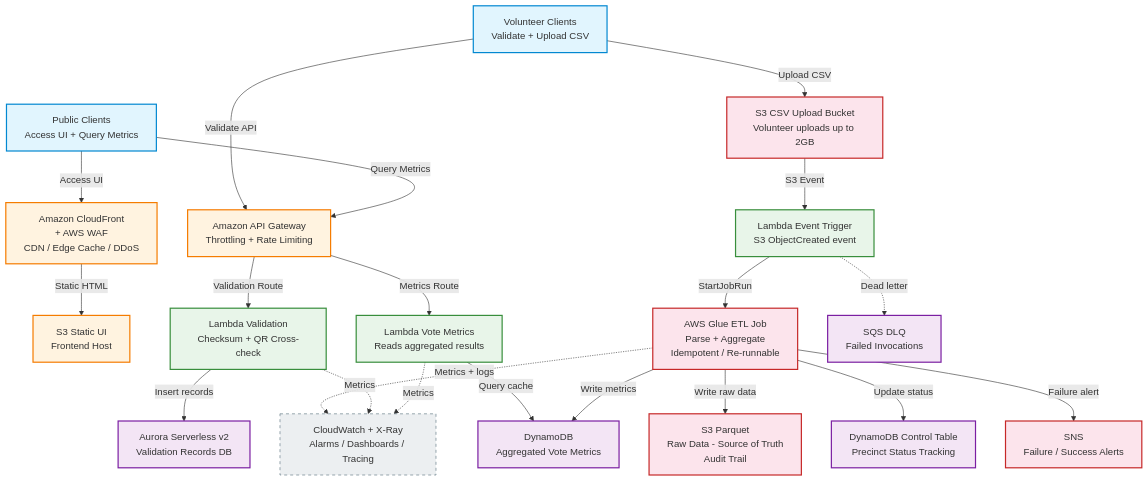
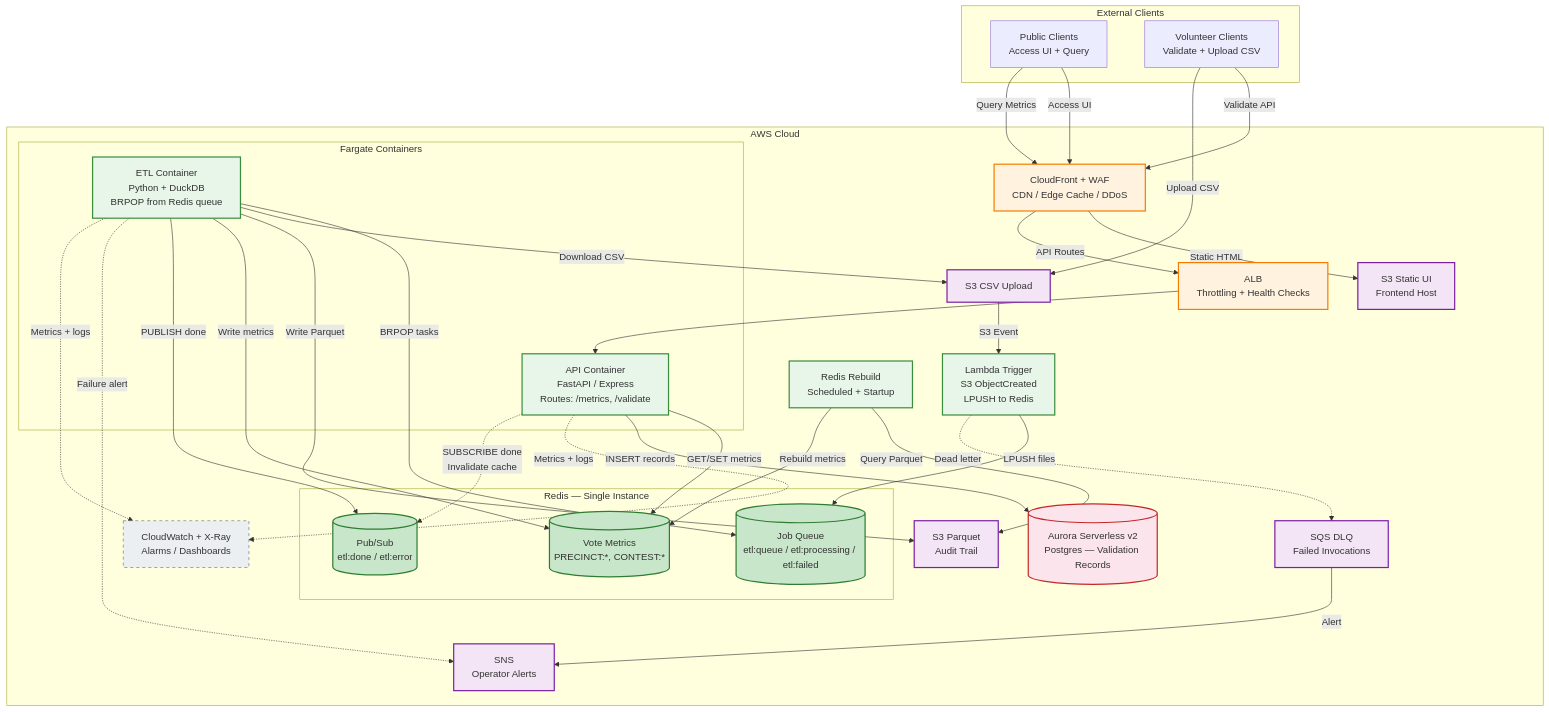
One commit to daryllmagsombol/ppcrv-poc changed the first of 5 diagrams in README.md. Above: the diagram before and after it, drawn with Mermaid. The commit also changed other lines of this file and 9 other files, not shown here.

Commit message:
added v3 architecture, rearrange files, other optimizations

````diff
--- a/README.md
+++ b/README.md
@@ -88,72 +79,72 @@
 ```mermaid
 graph TB
-    %% --- Clients ---
-    Public[Public Clients<br/>Access UI + Query Metrics]
-    Volunteer[Volunteer Clients<br/>Validate + Upload CSV]
-
-    %% --- Edge Layer ---
-    CloudFront[Amazon CloudFront<br/>+ AWS WAF<br/>CDN / Edge Cache / DDoS]
-    S3UI[S3 Static UI<br/>Frontend Host]
-
-    Public -->|Access UI| CloudFront
-    CloudFront -->|Static HTML| S3UI
-
-    %% --- API Layer ---
-    APIGW[Amazon API Gateway<br/>Throttling + Rate Limiting]
-
-    Volunteer -->|Validate API| APIGW
-    Public -->|Query Metrics| APIGW
-
-    %% --- Compute: Validation Path ---
-    LambdaVal[Lambda Validation<br/>Checksum + QR Cross-check]
-    Aurora[Aurora Serverless v2<br/>Validation Records DB]
-
-    APIGW -->|Validation Route| LambdaVal
-    LambdaVal -->|Insert records| Aurora
-
-    %% --- Compute: Metrics Path ---
-    LambdaMet[Lambda Vote Metrics<br/>Reads aggregated results]
-    DDBMetrics[DynamoDB<br/>Aggregated Vote Metrics]
-
-    APIGW -->|Metrics Route| LambdaMet
-    LambdaMet -->|Query cache| DDBMetrics
-
-    %% --- ETL Path ---
-    S3Upload[S3 CSV Upload Bucket<br/>Volunteer uploads up to 2GB]
-    LambdaTrig[Lambda Event Trigger<br/>S3 ObjectCreated event]
-    Glue[AWS Glue ETL Job<br/>Parse + Aggregate<br/>Idempotent / Re-runnable]
-    S3Parquet[S3 Parquet<br/>Raw Data - Source of Truth<br/>Audit Trail]
-    DDBCtrl[DynamoDB Control Table<br/>Precinct Status Tracking]
-    SNS[SNS<br/>Failure / Success Alerts]
-    SQS[SQS DLQ<br/>Failed Invocations]
-
-    Volunteer -->|Upload CSV| S3Upload
-    S3Upload -->|S3 Event| LambdaTrig
-    LambdaTrig -->|StartJobRun| Glue
-    Glue -->|Write raw data| S3Parquet
-    Glue -->|Write metrics| DDBMetrics
-    Glue -->|Update status| DDBCtrl
-    Glue -->|Failure alert| SNS
-    LambdaTrig -.->|Dead letter| SQS
-
-    %% --- Observability ---
-    CW[CloudWatch + X-Ray<br/>Alarms / Dashboards / Tracing]
-    Glue -.->|Metrics + logs| CW
-    LambdaVal -.->|Metrics| CW
-    LambdaMet -.->|Metrics| CW
-
-    %% --- Styling ---
     classDef client fill:#e1f5fe,stroke:#0288d1,stroke-width:2px
     classDef edge fill:#fff3e0,stroke:#f57c00,stroke-width:2px
     classDef compute fill:#e8f5e9,stroke:#388e3c,stroke-width:2px
+    classDef new fill:#c8e6c9,stroke:#2e7d32,stroke-width:2px
     classDef storage fill:#f3e5f5,stroke:#7b1fa2,stroke-width:2px
-    classDef etl fill:#fce4ec,stroke:#c62828,stroke-width:2px
+    classDef db fill:#fce4ec,stroke:#c62828,stroke-width:2px
     classDef obs fill:#eceff1,stroke:#546e7a,stroke-width:1px,stroke-dasharray: 5 5
 
-    class Public,Volunteer client
-    class CloudFront,S3UI,APIGW edge
-    class LambdaVal,LambdaMet,LambdaTrig compute
-    class Aurora,DDBMetrics,DDBCtrl,SQS storage
-    class S3Upload,S3Parquet,Glue,SNS etl
-    class CW obs
+    subgraph Ext["External Clients"]
+        Public[Public Clients<br/>Access UI + Query]
+        Volunteer[Volunteer Clients<br/>Validate + Upload CSV]
+    end
+
+    subgraph AWS["AWS Cloud"]
+        CF[CloudFront + WAF<br/>CDN / Edge Cache / DDoS]:::edge
+        S3UI[S3 Static UI<br/>Frontend Host]:::storage
+        ALB[ALB<br/>Throttling + Health Checks]:::edge
+
+        subgraph Fargate["Fargate Containers"]
+            API[API Container<br/>FastAPI / Express<br/>Routes: /metrics, /validate]:::compute
+            ETL[ETL Container<br/>Python + DuckDB<br/>BRPOP from Redis queue]:::compute
+        end
+
+        Trigger[Lambda Trigger<br/>S3 ObjectCreated<br/>LPUSH to Redis]:::compute
+        CW[CloudWatch + X-Ray<br/>Alarms / Dashboards]:::obs
+
+        S3Upload[S3 CSV Upload]:::storage
+        S3Parquet[S3 Parquet<br/>Audit Trail]:::storage
+
+        subgraph Redis["Redis — Single Instance"]
+            Cache[(Vote Metrics<br/>PRECINCT:*, CONTEST:*)]:::new
+            Queue[(Job Queue<br/>etl:queue / etl:processing / etl:failed)]:::new
+            PubSub[(Pub/Sub<br/>etl:done / etl:error)]:::new
+        end
+
+        Aurora[(Aurora Serverless v2<br/>Postgres — Validation Records)]:::db
+        SQS[SQS DLQ<br/>Failed Invocations]:::storage
+        SNS[SNS<br/>Operator Alerts]:::storage
+        Rebuild[Redis Rebuild<br/>Scheduled + Startup]:::compute
+    end
+
+    Public -->|Access UI| CF
+    Public -->|Query Metrics| CF
+    Volunteer -->|Validate API| CF
+    Volunteer -->|Upload CSV| S3Upload
+
+    CF -->|Static HTML| S3UI
+    CF -->|API Routes| ALB
+    ALB --> API
+
+    API -->|GET/SET metrics| Cache
+    API -->|INSERT records| Aurora
+    API -.->|Metrics + logs| CW
+
+    S3Upload -->|S3 Event| Trigger
+    Trigger -->|LPUSH files| Queue
+    ETL -->|BRPOP tasks| Queue
+    ETL -->|Download CSV| S3Upload
+    ETL -->|Write Parquet| S3Parquet
+    ETL -->|Write metrics| Cache
+    ETL -->|PUBLISH done| PubSub
+    API -.->|SUBSCRIBE done<br/>Invalidate cache| PubSub
+    ETL -.->|Failure alert| SNS
+    ETL -.->|Metrics + logs| CW
+    Trigger -.->|Dead letter| SQS
+    SQS -->|Alert| SNS
+
+    Rebuild -->|Query Parquet| S3Parquet
+    Rebuild -->|Rebuild metrics| Cache
 ```
````
